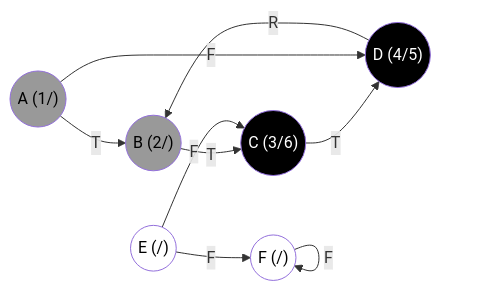
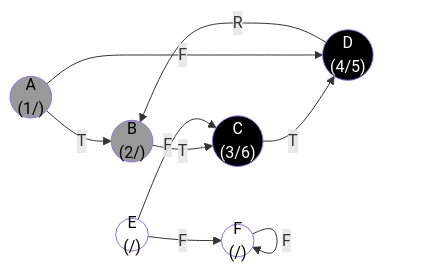
One commit to UFMG-Organizacao-de-Disciplinas/DCC865-Projeto_e_Analise_de_Algoritmos changed diagram 12 of 27 in 2024.2/Materiais enviados/Listas/Resoluções/Lista 3.md. Above: the diagram before and after it, drawn with Mermaid. The commit also changed other lines of this file and 1 other file, not shown here.

````diff
--- a/2024.2/Materiais enviados/Listas/Resoluções/Lista 3.md
+++ b/2024.2/Materiais enviados/Listas/Resoluções/Lista 3.md
@@ -614,28 +617,28 @@
 ```mermaid
 graph LR
     %% Coloração: fundo branco, texto preto
     style A fill:#999,color:#000
     style B fill:#999,color:#000
     style C fill:#000,color:#fff
     style D fill:#000,color:#fff
     style E fill:#fff,color:#000
     style F fill:#fff,color:#000
     
     %% Vértices
-    A(("A (1/)"))
-    B(("B (2/)"))
-    C(("C (3/6)"))
-    D(("D (4/5)"))
-    E(("E (/)"))
-    F(("F (/)"))
+    A(("A <br> (1/)"))
+    B(("B <br> (2/)"))
+    C(("C <br> (3/6)"))
+    D(("D <br> (4/5)"))
+    E(("E <br> (/)"))
+    F(("F <br> (/)"))
 
     %% Arestas
     A -->|T| B
     B -->|T| C
     C -->|T| D
     A -->|F| D
     D -->|R| B
     E -->|F| C
     E -->|F| F
     F -->|F| F
 ```
````
